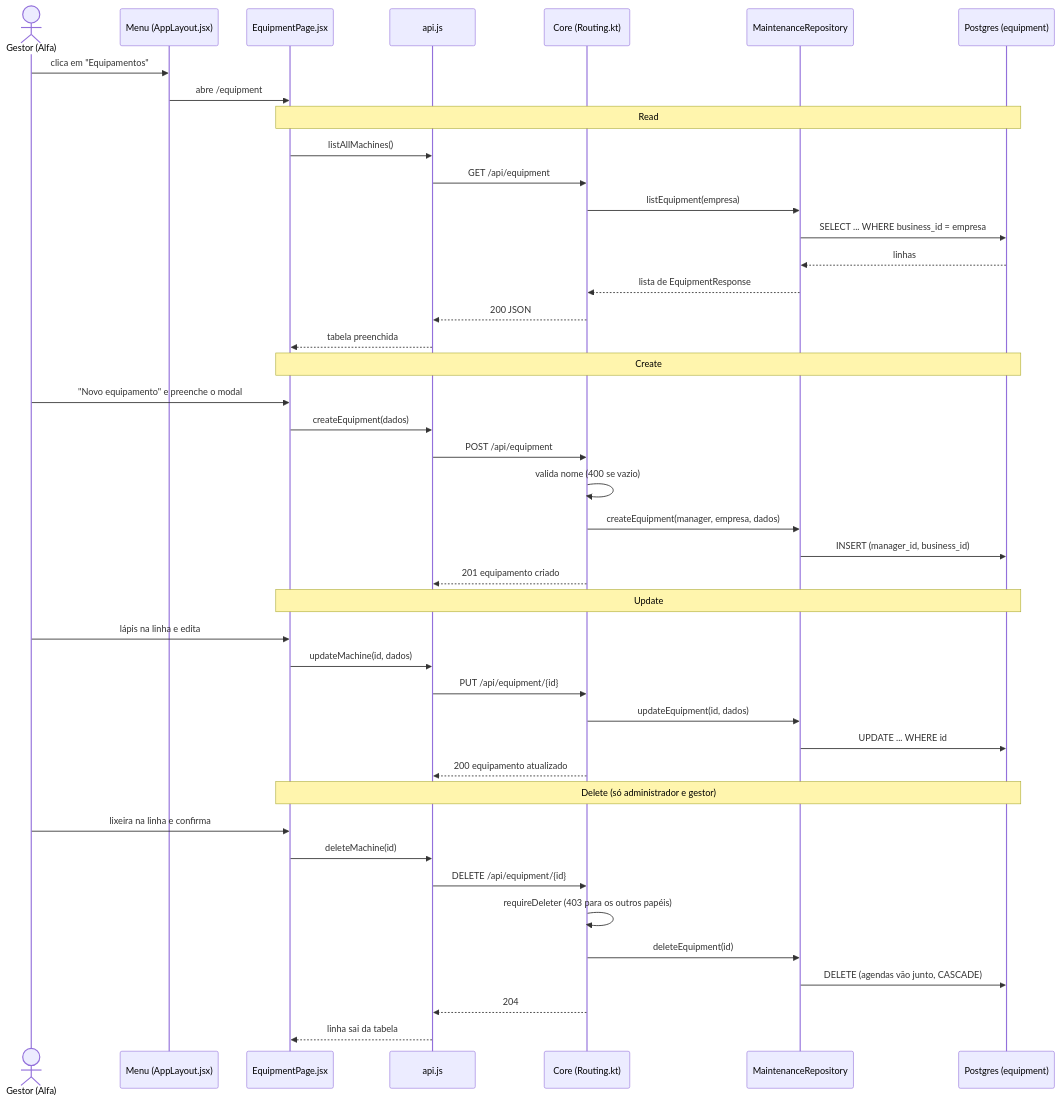
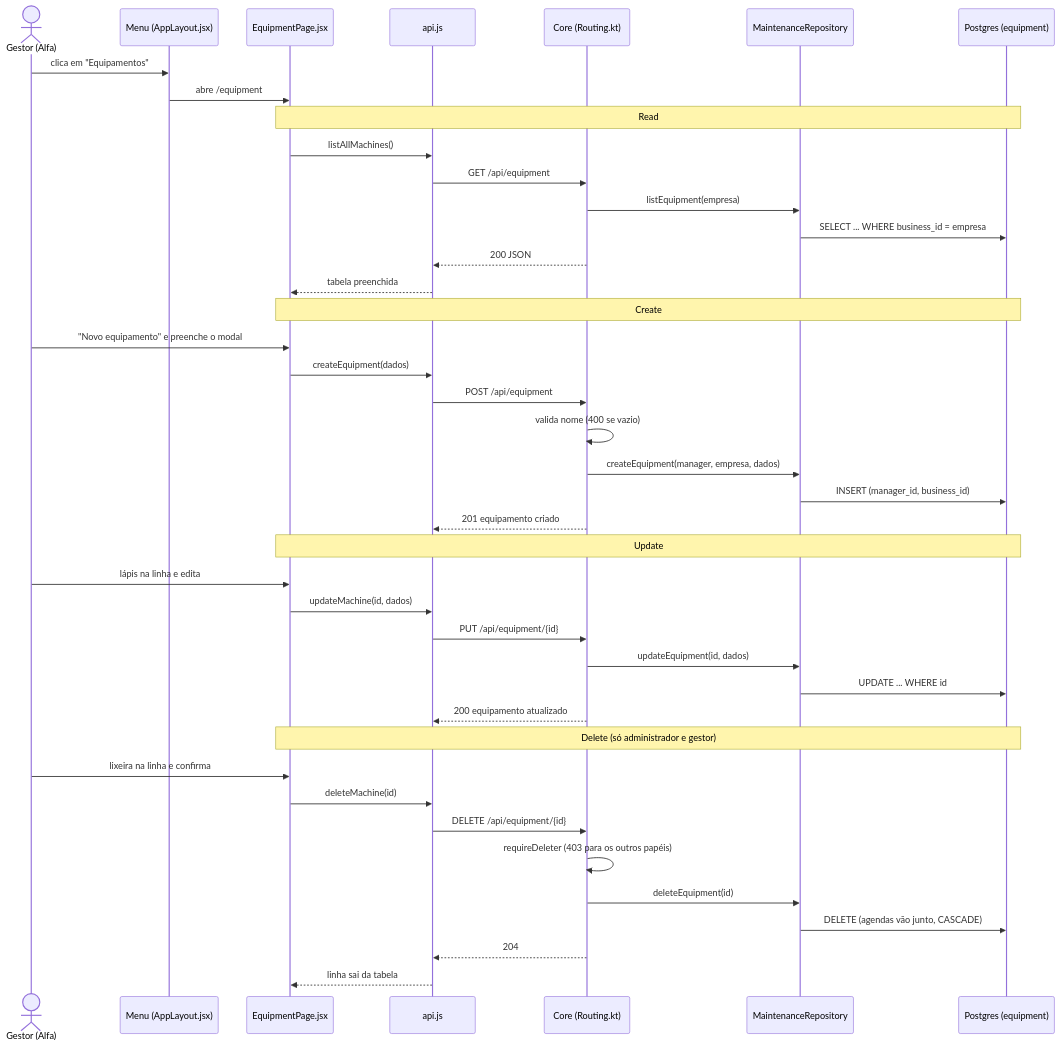
The first of 2 diagrams in Desenvolvimento Orientado a Reuso/defesa/roteiro-emanuelle.md (aland3r/deviante-docs), drawn with Mermaid before and after one commit. The commit also changed other lines of this file, not shown here.

````diff
--- a/Desenvolvimento Orientado a Reuso/defesa/roteiro-emanuelle.md
+++ b/Desenvolvimento Orientado a Reuso/defesa/roteiro-emanuelle.md
@@ -344,45 +52,43 @@
 ```mermaid
 sequenceDiagram
     actor G as Gestor (Alfa)
     participant N as Menu (AppLayout.jsx)
     participant P as EquipmentPage.jsx
     participant A as api.js
     participant C as Core (Routing.kt)
     participant R as MaintenanceRepository
     participant DB as Postgres (equipment)
     G->>N: clica em "Equipamentos"
     N->>P: abre /equipment
     Note over P,DB: Read
     P->>A: listAllMachines()
     A->>C: GET /api/equipment
     C->>R: listEquipment(empresa)
     R->>DB: SELECT ... WHERE business_id = empresa
-    DB-->>R: linhas
-    R-->>C: lista de EquipmentResponse
     C-->>A: 200 JSON
     A-->>P: tabela preenchida
     Note over P,DB: Create
     G->>P: "Novo equipamento" e preenche o modal
     P->>A: createEquipment(dados)
     A->>C: POST /api/equipment
     C->>C: valida nome (400 se vazio)
     C->>R: createEquipment(manager, empresa, dados)
     R->>DB: INSERT (manager_id, business_id)
     C-->>A: 201 equipamento criado
     Note over P,DB: Update
     G->>P: lápis na linha e edita
     P->>A: updateMachine(id, dados)
     A->>C: PUT /api/equipment/{id}
     C->>R: updateEquipment(id, dados)
     R->>DB: UPDATE ... WHERE id
     C-->>A: 200 equipamento atualizado
     Note over P,DB: Delete (só administrador e gestor)
     G->>P: lixeira na linha e confirma
     P->>A: deleteMachine(id)
     A->>C: DELETE /api/equipment/{id}
     C->>C: requireDeleter (403 para os outros papéis)
     C->>R: deleteEquipment(id)
     R->>DB: DELETE (agendas vão junto, CASCADE)
     C-->>A: 204
     A-->>P: linha sai da tabela
 ```
````
